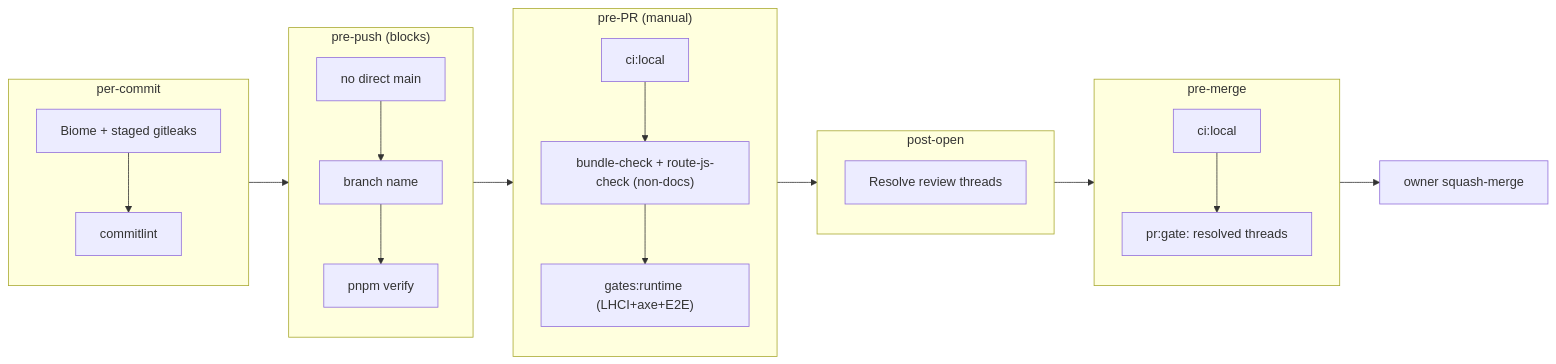
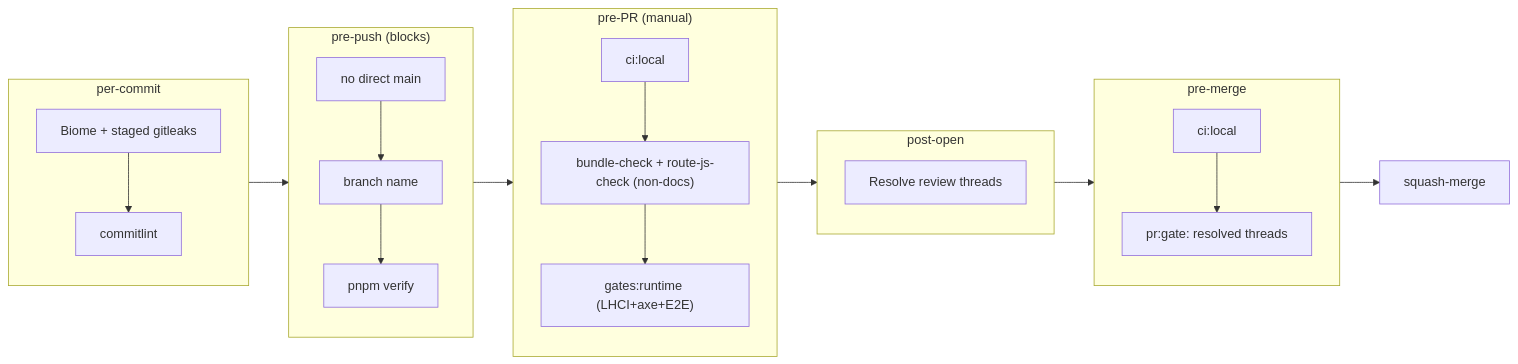
The second of 2 diagrams in docs/handbook/development-lifecycle.md (erikunha/portfolio), drawn with Mermaid before and after one commit. The commit also changed other lines of this file and 13 other files, not shown here.

````diff
--- a/docs/handbook/development-lifecycle.md
+++ b/docs/handbook/development-lifecycle.md
@@ -101,19 +99,19 @@
 ```mermaid
 flowchart LR
     subgraph commit["per-commit"]
         g1["Biome + staged gitleaks"] --> g2["commitlint"]
     end
     subgraph prepush["pre-push (blocks)"]
         g3["no direct main"] --> g4["branch name"] --> g7["pnpm verify"]
     end
     subgraph prepr["pre-PR (manual)"]
         g8["ci:local"] --> g9["bundle-check + route-js-check (non-docs)"] --> g11["gates:runtime (LHCI+axe+E2E)"]
     end
     subgraph open["post-open"]
         g13["Resolve review threads"]
     end
     subgraph premerge["pre-merge"]
         g15["ci:local"] --> g18["pr:gate: resolved threads"]
     end
-    commit --> prepush --> prepr --> open --> premerge --> merge["owner squash-merge"]
+    commit --> prepush --> prepr --> open --> premerge --> merge["squash-merge"]
 ```
````
